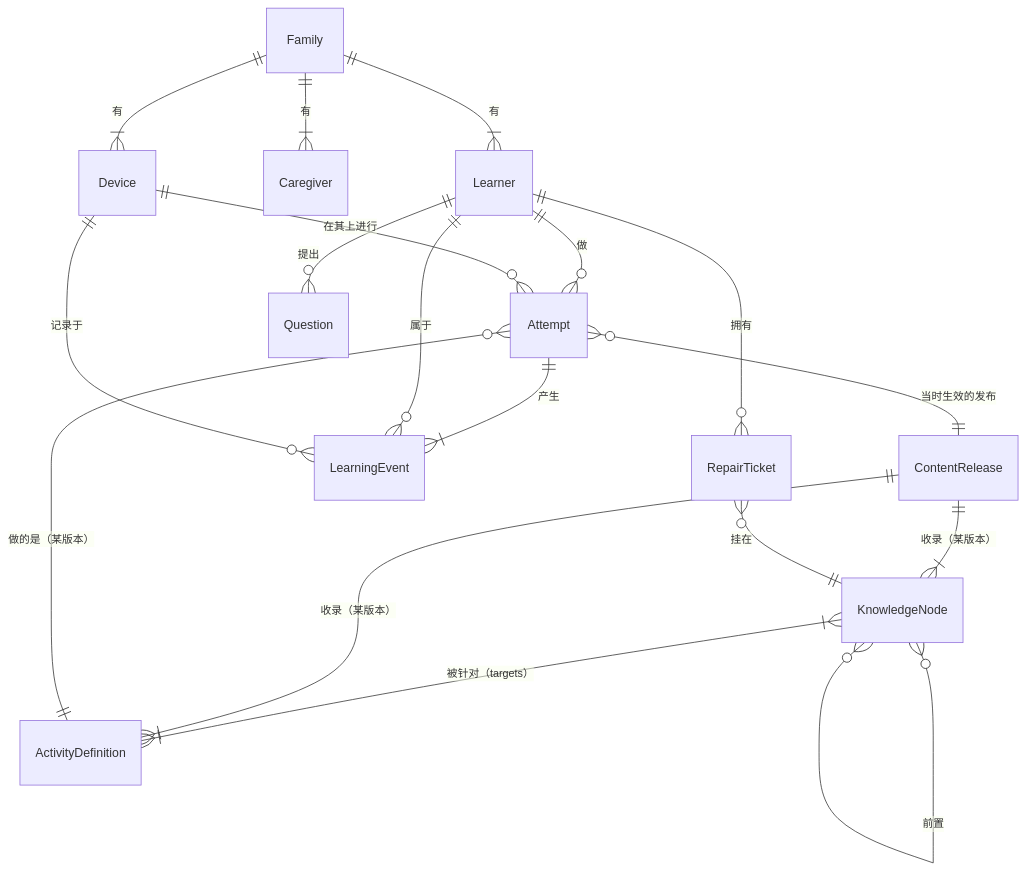
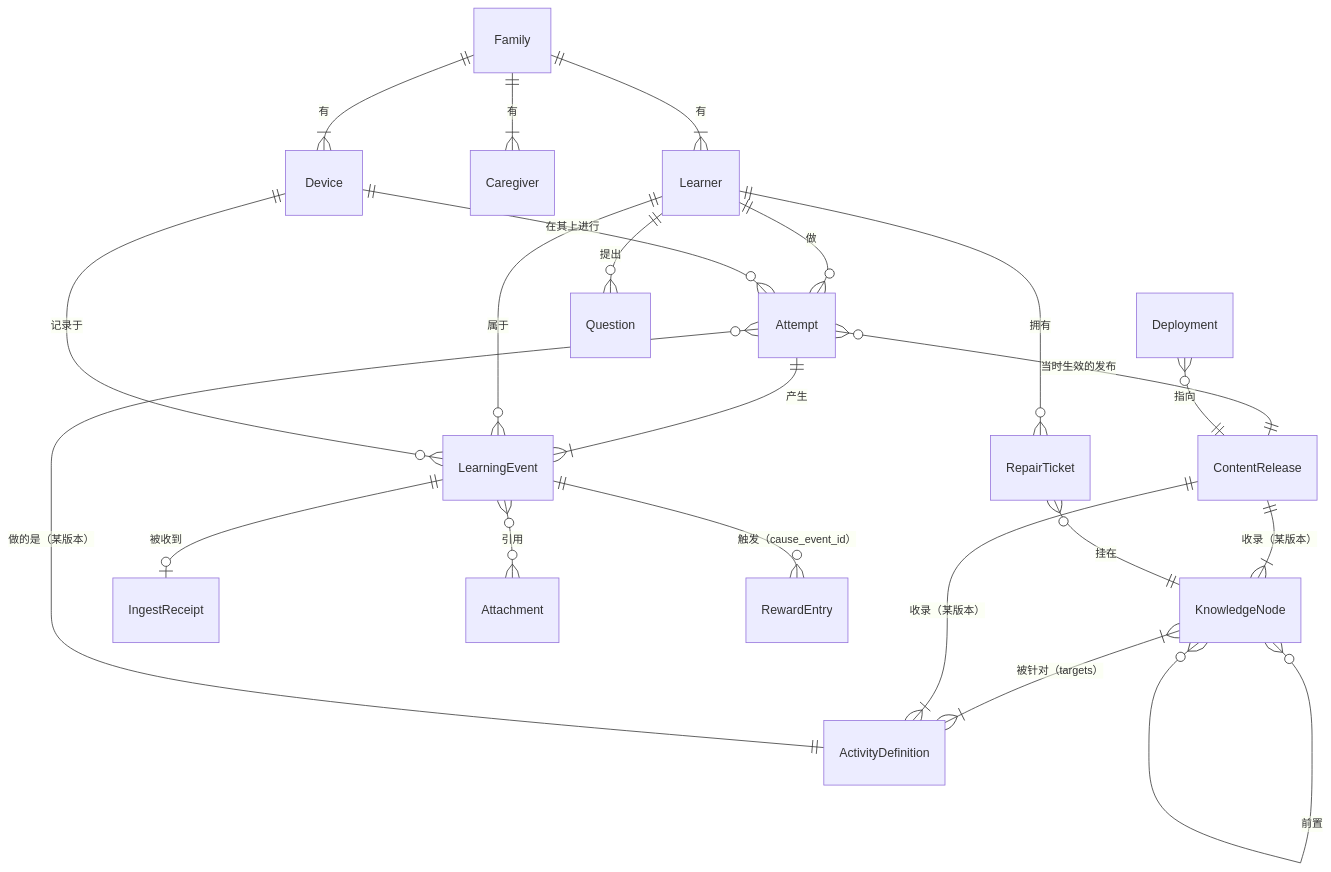
One commit to deepnorth2077/Curio changed the diagram in docs/domain.md. Above: the diagram before and after it, drawn with Mermaid. The commit also changed other lines of this file and 10 other files, not shown here.

````diff
--- a/docs/domain.md
+++ b/docs/domain.md
@@ -37,20 +49,24 @@
 ```mermaid
 erDiagram
   Family ||--|{ Learner : "有"
   Family ||--|{ Caregiver : "有"
   Family ||--|{ Device : "有"
   KnowledgeNode }|--|{ ActivityDefinition : "被针对（targets）"
   KnowledgeNode }o--o{ KnowledgeNode : "前置"
   ContentRelease ||--|{ KnowledgeNode : "收录（某版本）"
   ContentRelease ||--|{ ActivityDefinition : "收录（某版本）"
   Learner ||--o{ Attempt : "做"
   Device ||--o{ Attempt : "在其上进行"
   Attempt }o--|| ActivityDefinition : "做的是（某版本）"
   Attempt }o--|| ContentRelease : "当时生效的发布"
   Attempt ||--|{ LearningEvent : "产生"
+  LearningEvent ||--o| IngestReceipt : "被收到"
+  LearningEvent }o--o{ Attachment : "引用"
+  LearningEvent ||--o{ RewardEntry : "触发（cause_event_id）"
+  Deployment }o--|| ContentRelease : "指向"
   Learner ||--o{ LearningEvent : "属于"
   Device ||--o{ LearningEvent : "记录于"
   Learner ||--o{ Question : "提出"
   Learner ||--o{ RepairTicket : "拥有"
   RepairTicket }o--|| KnowledgeNode : "挂在"
 ```
````
